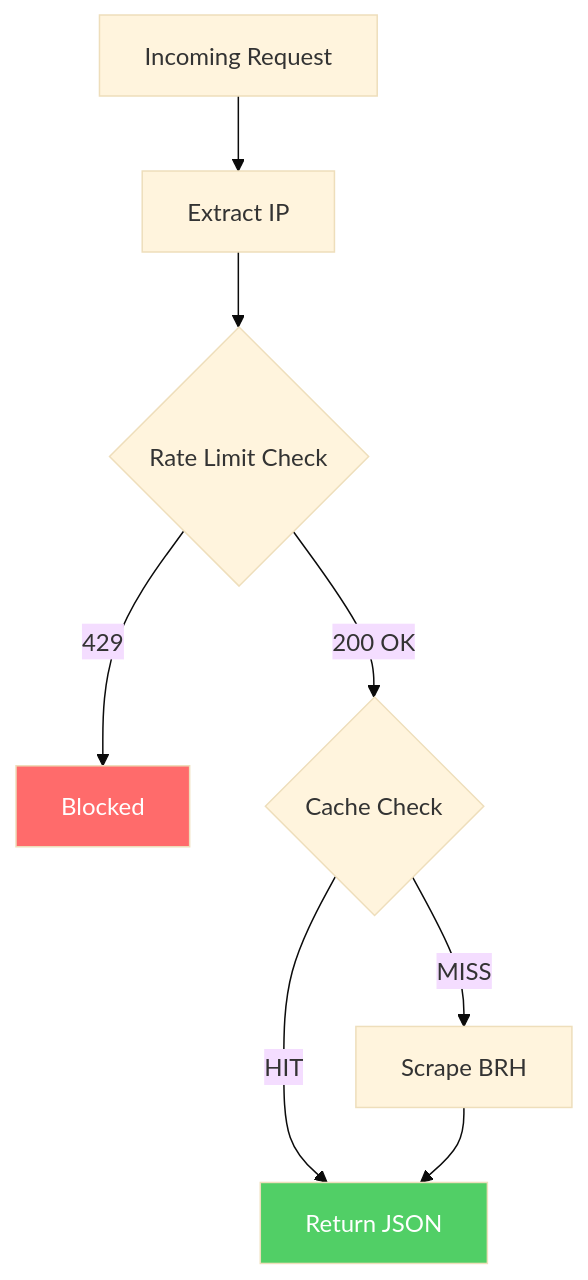
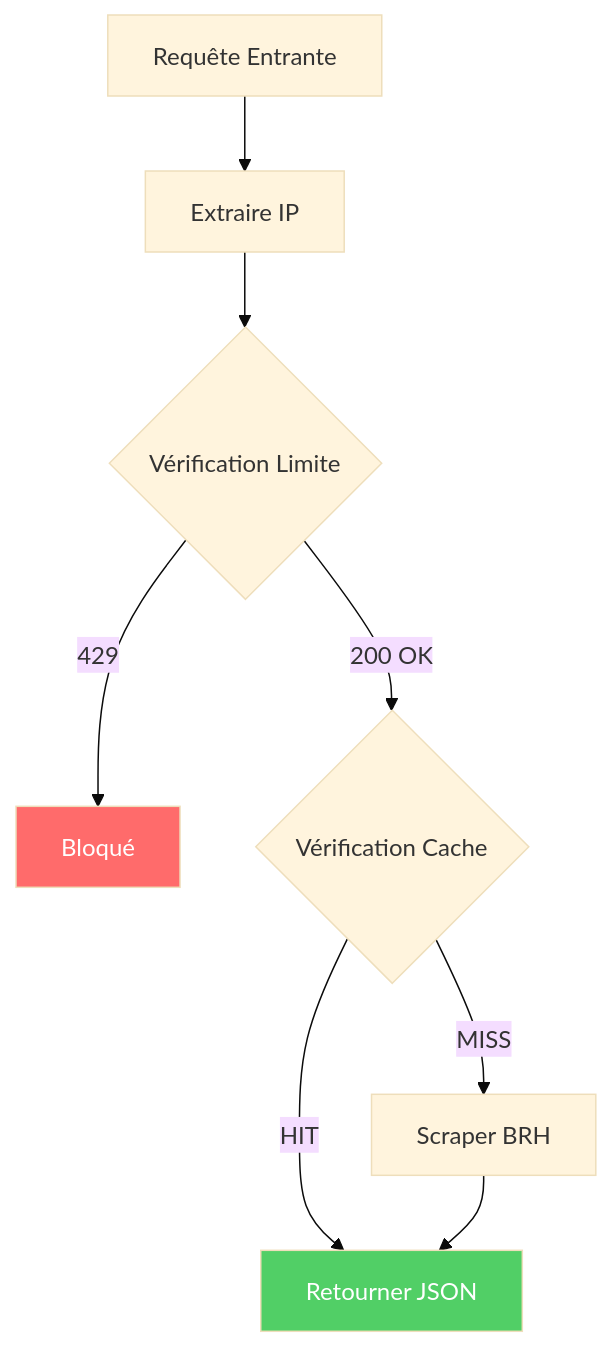
One commit to antifugazis/BRH changed the second of 5 diagrams in README.md. Above: the diagram before and after it, drawn with Mermaid (base theme). The commit also changed other lines of this file, not shown here.

Commit message:
Translate Mermaid diagrams to French

````diff
--- a/README.md
+++ b/README.md
@@ -123,13 +123,13 @@
 ```mermaid
 flowchart TD
-    A[Incoming Request] --> B[Extract IP]
-    B --> C{Rate Limit Check}
-    C -->|429| D[Blocked]
-    C -->|200 OK| E{Cache Check}
-    E -->|HIT| F[Return JSON]
-    E -->|MISS| G[Scrape BRH]
+    A[Requête Entrante] --> B[Extraire IP]
+    B --> C{Vérification Limite}
+    C -->|429| D[Bloqué]
+    C -->|200 OK| E{Vérification Cache}
+    E -->|HIT| F[Retourner JSON]
+    E -->|MISS| G[Scraper BRH]
     G --> F
 
     style D fill:#ff6b6b,color:#fff
     style F fill:#51cf66,color:#fff
 ```
````
